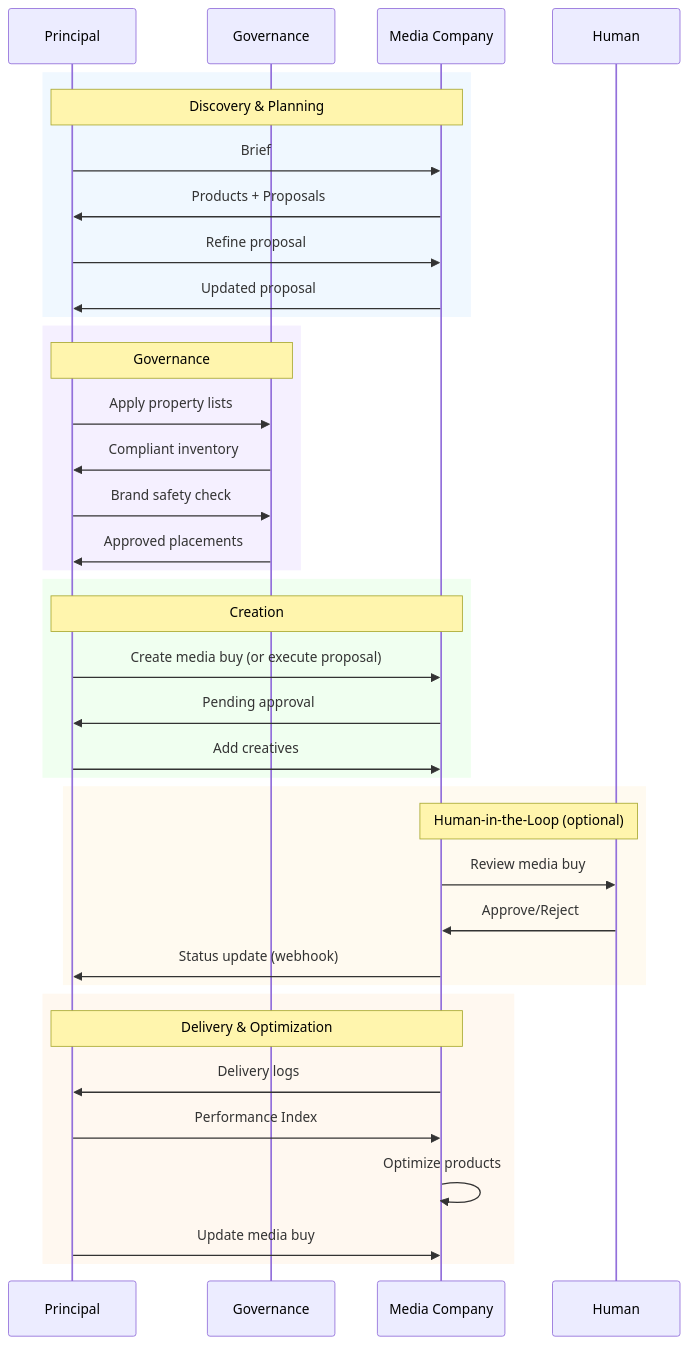
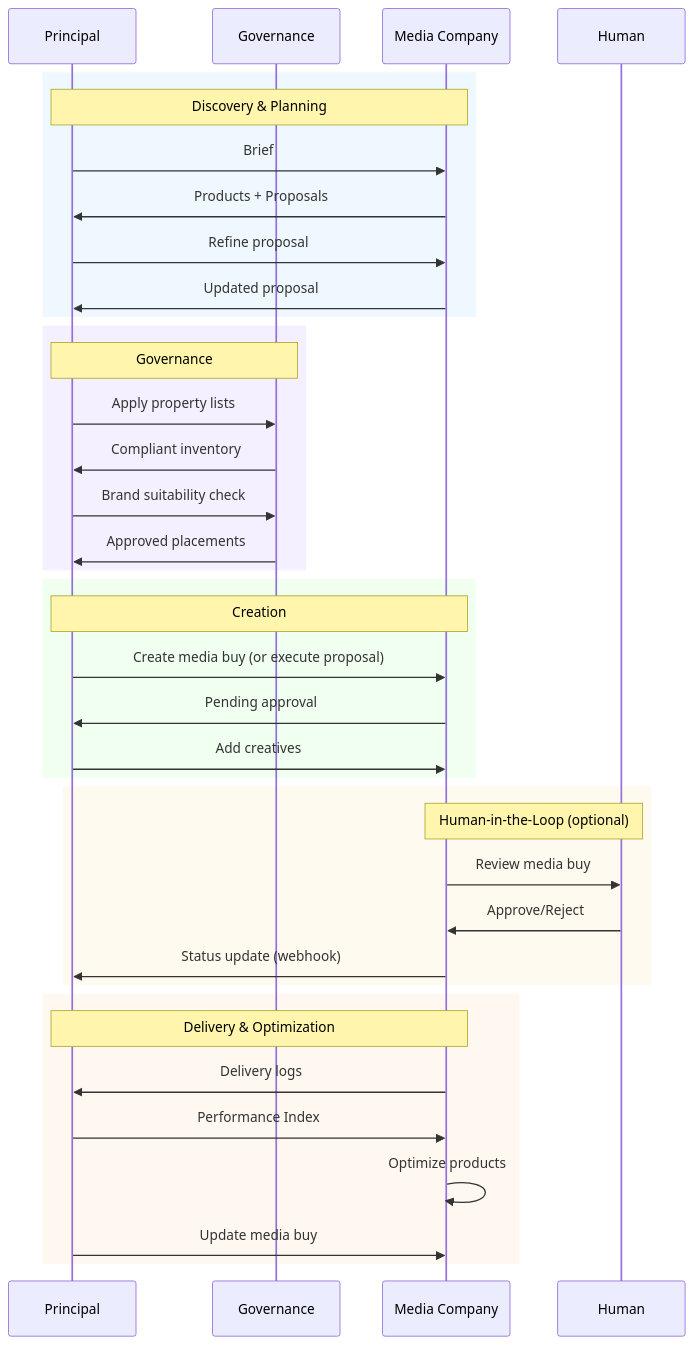
One commit to adcontextprotocol/adcp changed the diagram in docs/media-buy/index.mdx. Above: the diagram before and after it, drawn with Mermaid. The commit also changed other lines of this file and 21 other files, not shown here.

````diff
--- a/docs/media-buy/index.mdx
+++ b/docs/media-buy/index.mdx
@@ -198,45 +198,45 @@
 ```mermaid
 sequenceDiagram
     participant P as Principal
     participant G as Governance
     participant MC as Media Company
     participant H as Human
 
     rect rgb(240, 248, 255)
         Note over P,MC: Discovery & Planning
         P->>MC: Brief
         MC->>P: Products + Proposals
         P->>MC: Refine proposal
         MC->>P: Updated proposal
     end
 
     rect rgb(245, 240, 255)
         Note over P,G: Governance
         P->>G: Apply property lists
         G->>P: Compliant inventory
-        P->>G: Brand safety check
+        P->>G: Brand suitability check
         G->>P: Approved placements
     end
 
     rect rgb(240, 255, 240)
         Note over P,MC: Creation
         P->>MC: Create media buy (or execute proposal)
         MC->>P: Pending approval
         P->>MC: Add creatives
     end
 
     rect rgb(255, 250, 240)
         Note over MC,H: Human-in-the-Loop (optional)
         MC->>H: Review media buy
         H->>MC: Approve/Reject
         MC->>P: Status update (webhook)
     end
 
     rect rgb(255, 248, 240)
         Note over P,MC: Delivery & Optimization
         MC->>P: Delivery logs
         P->>MC: Performance Index
         MC->>MC: Optimize products
         P->>MC: Update media buy
     end
 ```
````
